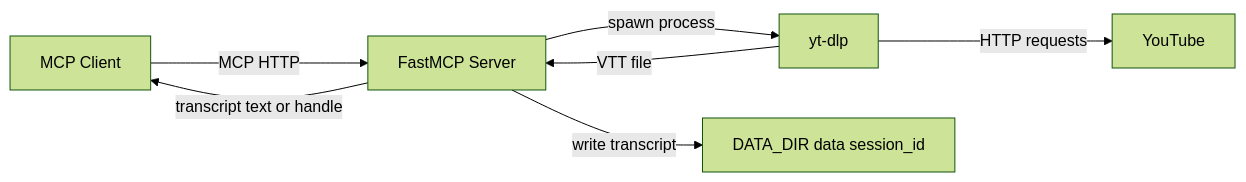
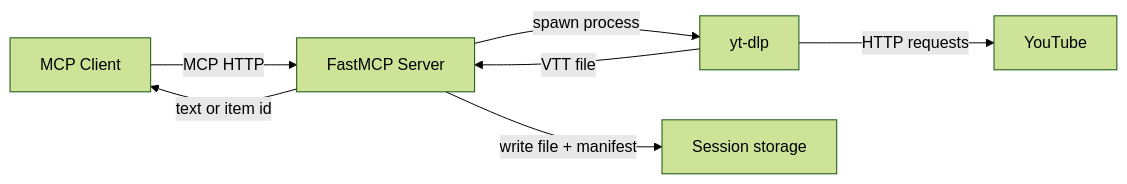
The first of 3 diagrams in README.md (rroos64/youtube_transcribe_mcp_server), drawn with Mermaid (forest theme) before and after one commit. The commit also changed other lines of this file and 1 other file, not shown here.

First line of the commit message:
fix: parameterize resources and enforce session scoping

````diff
--- a/README.md
+++ b/README.md
@@ -20,15 +19,15 @@
 ```mermaid
 flowchart LR
   Client["MCP Client"]
   Server["FastMCP Server"]
   YTDLP["yt-dlp"]
   YT["YouTube"]
-  Data["DATA_DIR data session_id"]
+  Data["Session storage"]
 
   Client -->|MCP HTTP| Server
   Server -->|spawn process| YTDLP
   YTDLP -->|HTTP requests| YT
   YTDLP -->|VTT file| Server
-  Server -->|write transcript| Data
-  Server -->|transcript text or handle| Client
+  Server -->|write file + manifest| Data
+  Server -->|text or item id| Client
 ```
````
